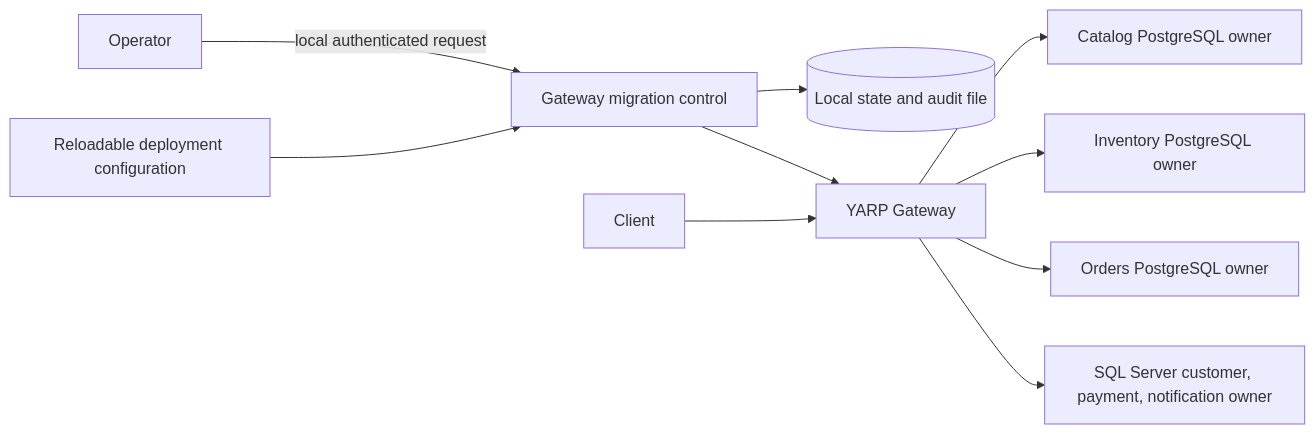
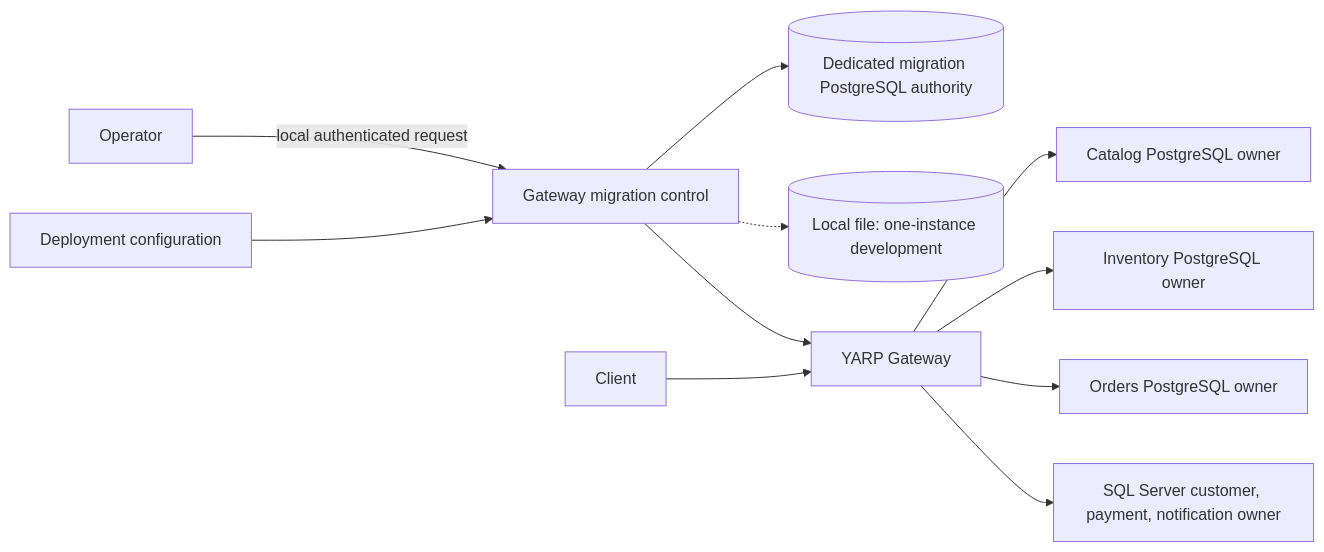
One commit to erkinemre/StranglerForge changed the diagram in docs/architecture/migration-control.md. Above: the diagram before and after it, drawn with Mermaid. The commit also changed other lines of this file and 72 other files, not shown here.

````diff
--- a/docs/architecture/migration-control.md
+++ b/docs/architecture/migration-control.md
@@ -5,12 +5,13 @@
 ```mermaid
 flowchart LR
   Operator -->|local authenticated request| Control[Gateway migration control]
-  Control --> State[(Local state and audit file)]
-  Flags[Reloadable deployment configuration] --> Control
+  Control --> Authority[(Dedicated migration PostgreSQL authority)]
+  Control -.-> Local[(Local file: one-instance development)]
+  Flags[Deployment configuration] --> Control
   Client --> Gateway[YARP Gateway]
   Control --> Gateway
   Gateway --> Catalog[Catalog PostgreSQL owner]
   Gateway --> Inventory[Inventory PostgreSQL owner]
   Gateway --> Orders[Orders PostgreSQL owner]
   Gateway --> Legacy[SQL Server customer, payment, notification owner]
 ```
````
